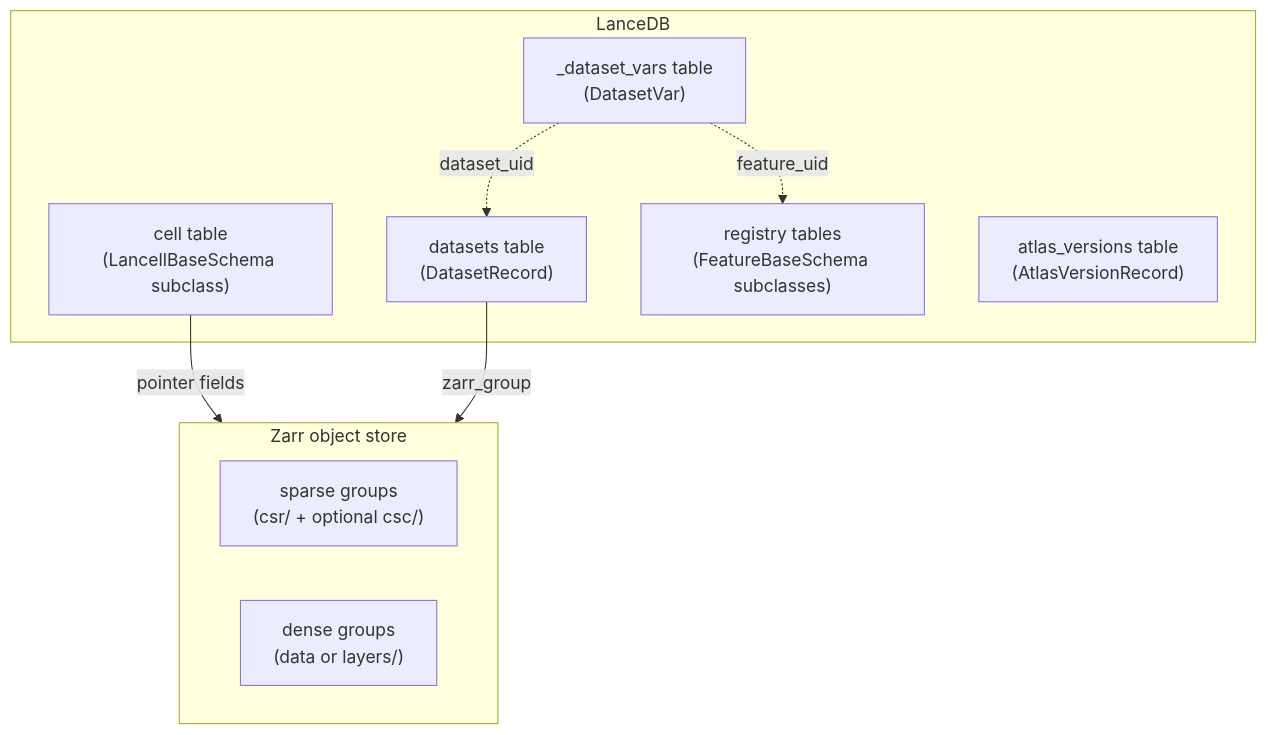
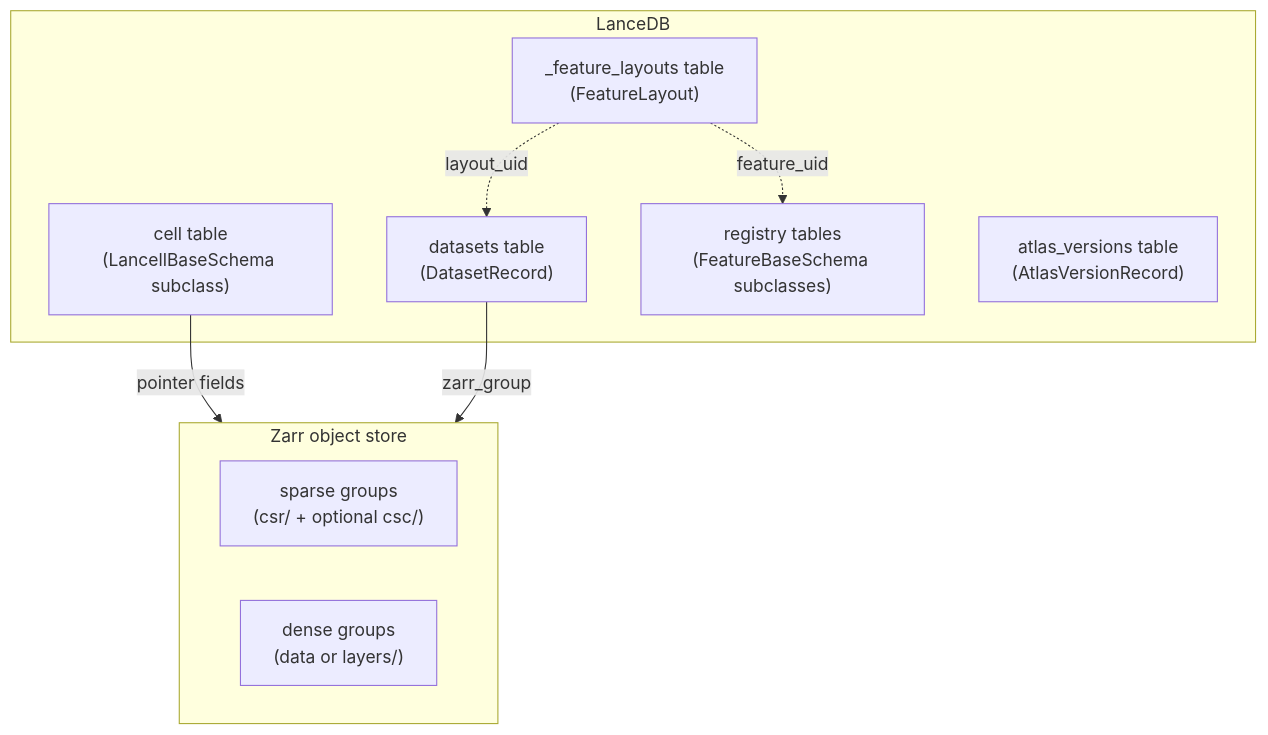
Before and after one commit to epiblastai/homeobox: the first of 4 diagrams in docs/data_structure.md, drawn with Mermaid. The commit also changed other lines of this file and 29 other files, not shown here.

````diff
--- a/docs/data_structure.md
+++ b/docs/data_structure.md
@@ -12,20 +12,20 @@
 ```mermaid
 graph TD
     subgraph LanceDB
         cells["cell table\n(LancellBaseSchema subclass)"]
         datasets["datasets table\n(DatasetRecord)"]
-        dvars["_dataset_vars table\n(DatasetVar)"]
+        layouts["_feature_layouts table\n(FeatureLayout)"]
         reg["registry tables\n(FeatureBaseSchema subclasses)"]
         versions["atlas_versions table\n(AtlasVersionRecord)"]
     end
 
     subgraph Zarr["Zarr object store"]
         sparse["sparse groups\n(csr/ + optional csc/)"]
         dense["dense groups\n(data or layers/)"]
     end
 
     cells -- "pointer fields" --> Zarr
     datasets -- "zarr_group" --> Zarr
-    dvars -. "feature_uid" .-> reg
-    dvars -. "dataset_uid" .-> datasets
+    layouts -. "feature_uid" .-> reg
+    layouts -. "layout_uid" .-> datasets
 ```
````
